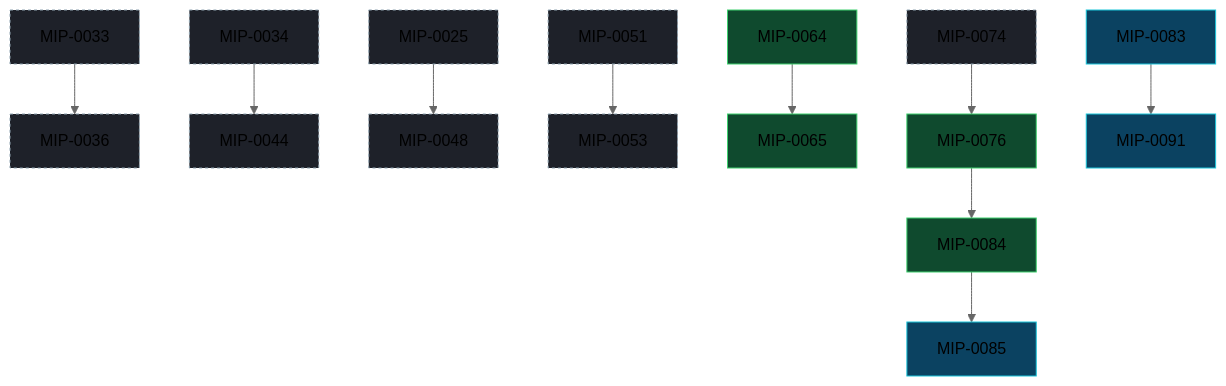
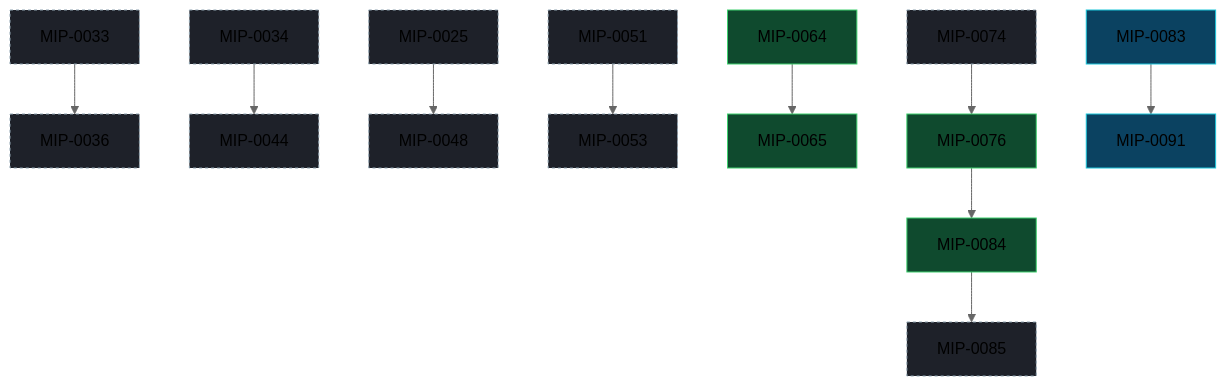
Before and after one commit to marola-dev/marola: the diagram in docs/MIPs/README.md, drawn with Mermaid (neutral theme). The commit also changed other lines of this file and 12 other files, not shown here.

````diff
--- a/docs/MIPs/README.md
+++ b/docs/MIPs/README.md
@@ -100,32 +100,32 @@
 ```mermaid
 flowchart TD
   classDef draft fill:#1e2129,stroke:#8fa3b0,stroke-dasharray:3 3;
   classDef accepted fill:#0b4261,stroke:#1ac5da;
   classDef implemented fill:#0f4a2e,stroke:#3ecf6e;
   classDef rejected fill:#2a2d35,stroke:#666,color:#999;
   M0025["MIP-0025"]:::draft
   M0033["MIP-0033"]:::draft
   M0034["MIP-0034"]:::draft
   M0036["MIP-0036"]:::draft
   M0044["MIP-0044"]:::draft
   M0048["MIP-0048"]:::draft
   M0051["MIP-0051"]:::draft
   M0053["MIP-0053"]:::draft
   M0064["MIP-0064"]:::implemented
   M0065["MIP-0065"]:::implemented
   M0074["MIP-0074"]:::draft
   M0076["MIP-0076"]:::implemented
   M0083["MIP-0083"]:::accepted
   M0084["MIP-0084"]:::implemented
-  M0085["MIP-0085"]:::accepted
+  M0085["MIP-0085"]:::draft
   M0091["MIP-0091"]:::accepted
   M0025 --> M0048
   M0033 --> M0036
   M0034 --> M0044
   M0051 --> M0053
   M0064 --> M0065
   M0074 --> M0076
   M0076 --> M0084
   M0083 --> M0091
   M0084 --> M0085
 ```
````
